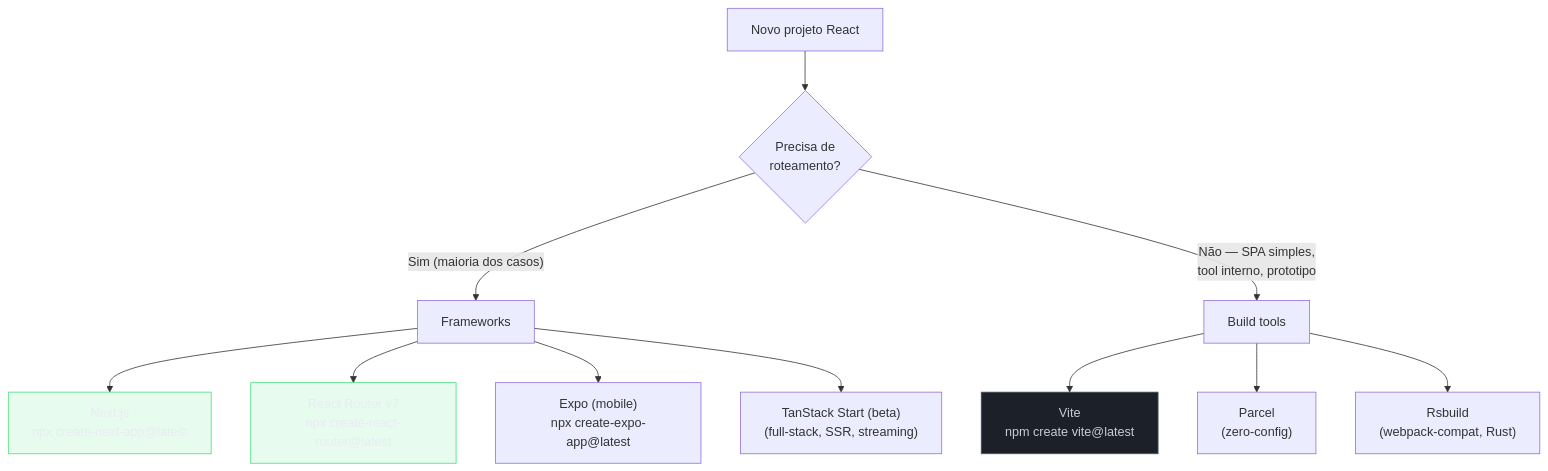
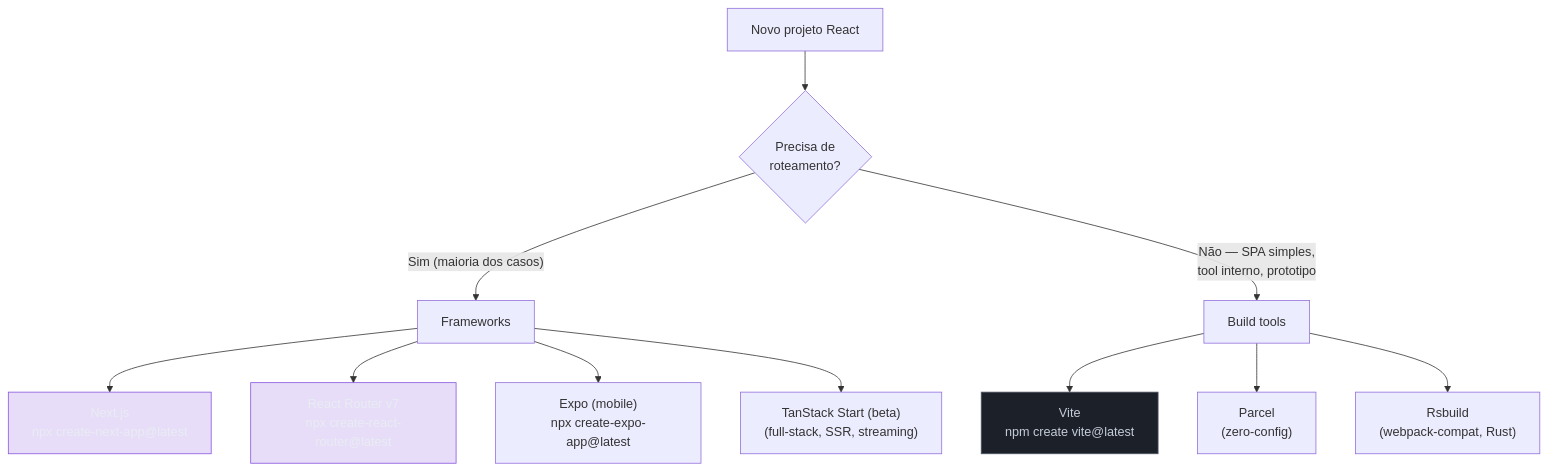
One commit to josenaldo/codex-technomanticus changed the seventh of 10 diagrams in 03-Dominios/Tecnologia/Tooling e Build/12 - Create React App e a era dos scaffolders.md. Above: the diagram before and after it, drawn with Mermaid. The commit also changed 601 other files, not shown here.

````diff
--- a/03-Dominios/Tecnologia/Tooling e Build/12 - Create React App e a era dos scaffolders.md
+++ b/03-Dominios/Tecnologia/Tooling e Build/12 - Create React App e a era dos scaffolders.md
@@ -341,23 +341,23 @@
 ```mermaid
 flowchart TD
-    classDef ok fill:#4ADE8021,stroke:#4ADE80,color:#E9ECF2
+    classDef marca fill:#8855DF33,stroke:#8855DF,color:#E9ECF2
     classDef neutro fill:#1B2029,stroke:#4E5666,color:#C6CCD8
     Q["Novo projeto React"]
     Q --> A{"Precisa de\nroteamento?"}
 
     A -->|"Sim (maioria dos casos)"| FW["Frameworks"]
     A -->|"Não — SPA simples,\ntool interno, prototipo"| BT["Build tools"]
 
     FW --> NX["Next.js\nnpx create-next-app@latest"]
     FW --> RR["React Router v7\nnpx create-react-router@latest"]
     FW --> EX["Expo (mobile)\nnpx create-expo-app@latest"]
     FW --> TS["TanStack Start (beta)\n(full-stack, SSR, streaming)"]
 
     BT --> VT["Vite\nnpm create vite@latest"]
     BT --> PC["Parcel\n(zero-config)"]
     BT --> RS["Rsbuild\n(webpack-compat, Rust)"]
 
-    class NX ok
-    class RR ok
+    class NX marca
+    class RR marca
     class VT neutro
 ```
````
